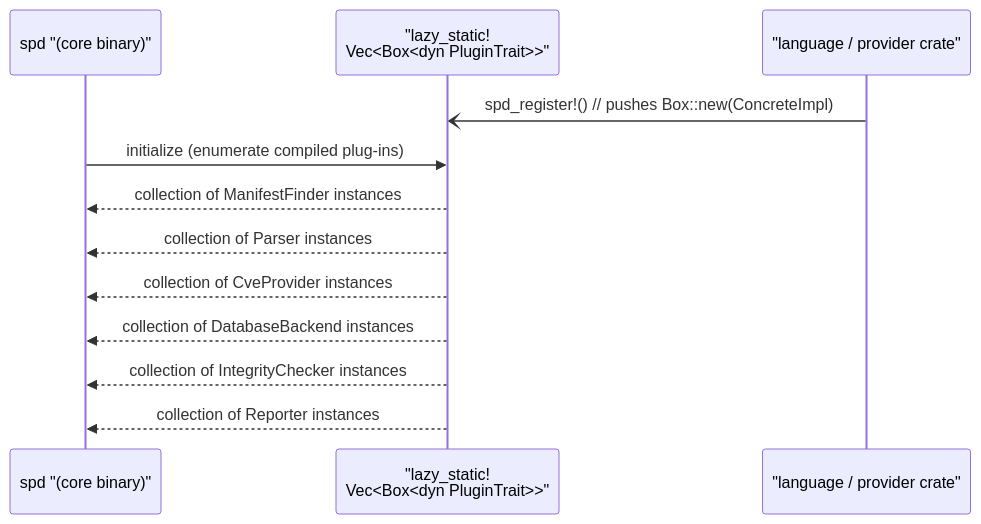
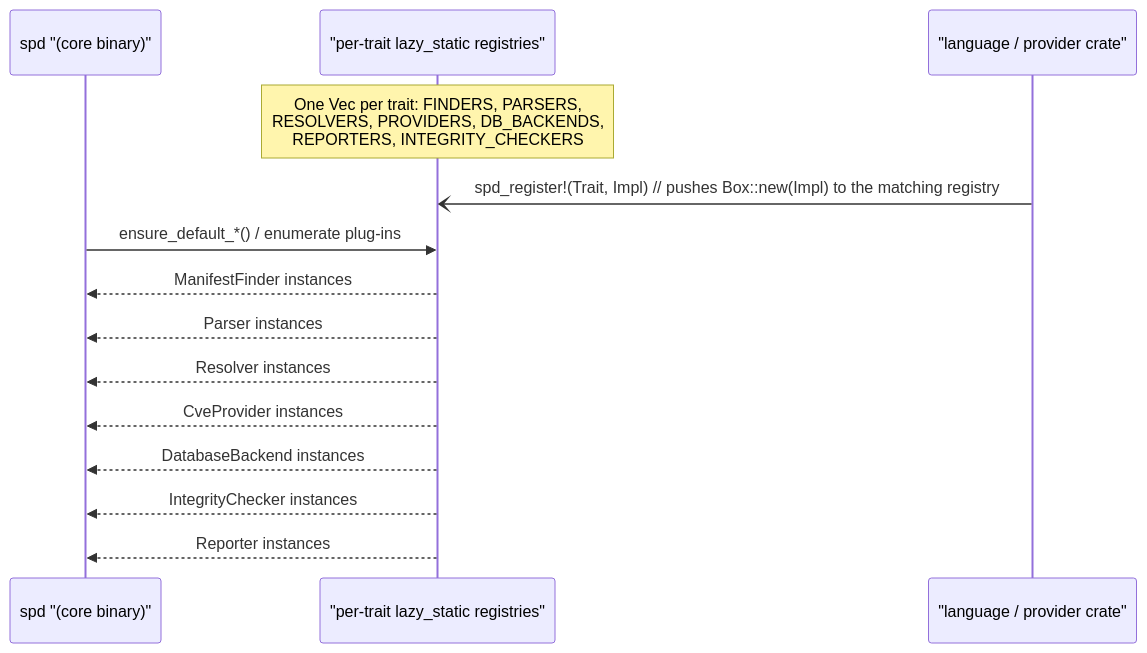
Before and after one commit to verilyze/verilyze: the diagram in architecture/plugin-registration-flow.mmd, drawn with Mermaid. The commit also changed 10 other files, not shown here.

```diff
--- a/architecture/plugin-registration-flow.mmd
+++ b/architecture/plugin-registration-flow.mmd
@@ -1,16 +1,19 @@
 sequenceDiagram
     participant Core as spd "(core binary)"
-    participant Registry as "lazy_static!<br/> Vec<Box<dyn PluginTrait>>"
+    participant Registries as "per-trait lazy_static registries"
     participant Plugin as "language / provider crate"
 
+    note over Registries: One Vec per trait: FINDERS, PARSERS,<br/>RESOLVERS, PROVIDERS, DB_BACKENDS,<br/>REPORTERS, INTEGRITY_CHECKERS
+
     %% Plug‑in registration (compile-time, one-way)
-    Plugin -) Registry: spd_register!()  // pushes Box::new(ConcreteImpl)
+    Plugin -) Registries: spd_register!(Trait, Impl)  // pushes Box::new(Impl) to the matching registry
 
-    %% Runtime start‑up (core reads the compiled registry)
-    Core ->> Registry: initialize (enumerate compiled plug‑ins)
-    Registry -->> Core: collection of ManifestFinder instances
-    Registry -->> Core: collection of Parser instances
-    Registry -->> Core: collection of CveProvider instances
-    Registry -->> Core: collection of DatabaseBackend instances
-    Registry -->> Core: collection of IntegrityChecker instances
-    Registry -->> Core: collection of Reporter instances
+    %% Runtime start‑up (core reads the compiled registries)
+    Core ->> Registries: ensure_default_*() / enumerate plug‑ins
+    Registries -->> Core: ManifestFinder instances
+    Registries -->> Core: Parser instances
+    Registries -->> Core: Resolver instances
+    Registries -->> Core: CveProvider instances
+    Registries -->> Core: DatabaseBackend instances
+    Registries -->> Core: IntegrityChecker instances
+    Registries -->> Core: Reporter instances
```
